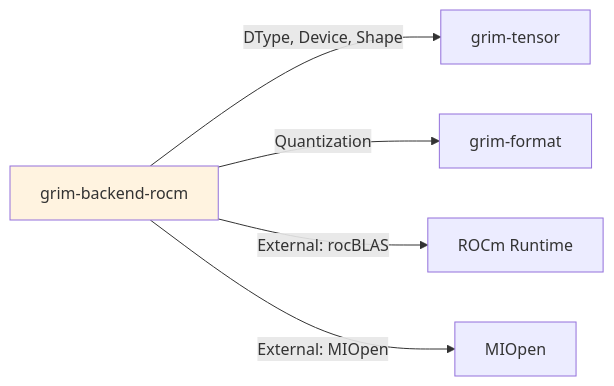
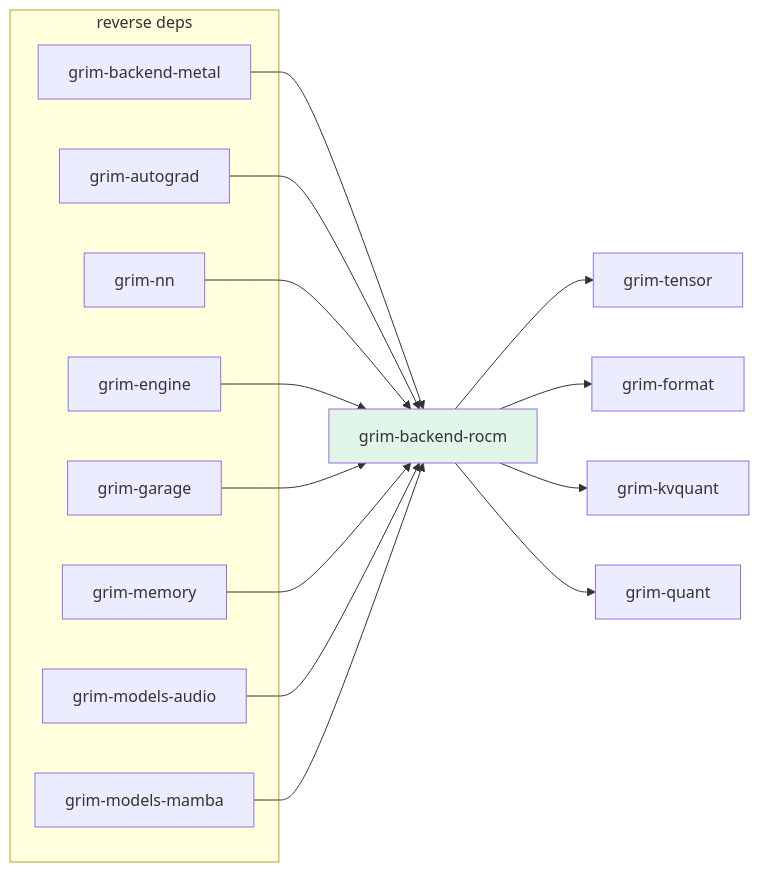
The diagram in crates/grim-backend-rocm/README.md (sydonayrex/grim), drawn with Mermaid before and after one commit. The commit also changed other lines of this file and 55 other files, not shown here.

````diff
--- a/crates/grim-backend-rocm/README.md
+++ b/crates/grim-backend-rocm/README.md
@@ -21,9 +18,29 @@
 ```mermaid
 graph LR
-    A[grim-backend-rocm] -->|DType, Device, Shape| B[grim-tensor]
-    A -->|Quantization| C[grim-format]
-    A -->|External: rocBLAS| D[ROCm Runtime]
-    A -->|External: MIOpen| E[MIOpen]
-    
-    style A fill:#fff3e0
+    A[grim-backend-rocm] --> B[grim-tensor]
+    A --> C[grim-format]
+    A --> D[grim-kvquant]
+    A --> E[grim-quant]
+
+    subgraph "reverse deps"
+        F1[grim-backend-metal]
+        F2[grim-autograd]
+        F3[grim-nn]
+        F4[grim-engine]
+        F5[grim-garage]
+        F6[grim-memory]
+        F7[grim-models-audio]
+        F8[grim-models-mamba]
+    end
+
+    F1 --> A
+    F2 --> A
+    F3 --> A
+    F4 --> A
+    F5 --> A
+    F6 --> A
+    F7 --> A
+    F8 --> A
+
+    style A fill:#e1f5e9
 ```
````
